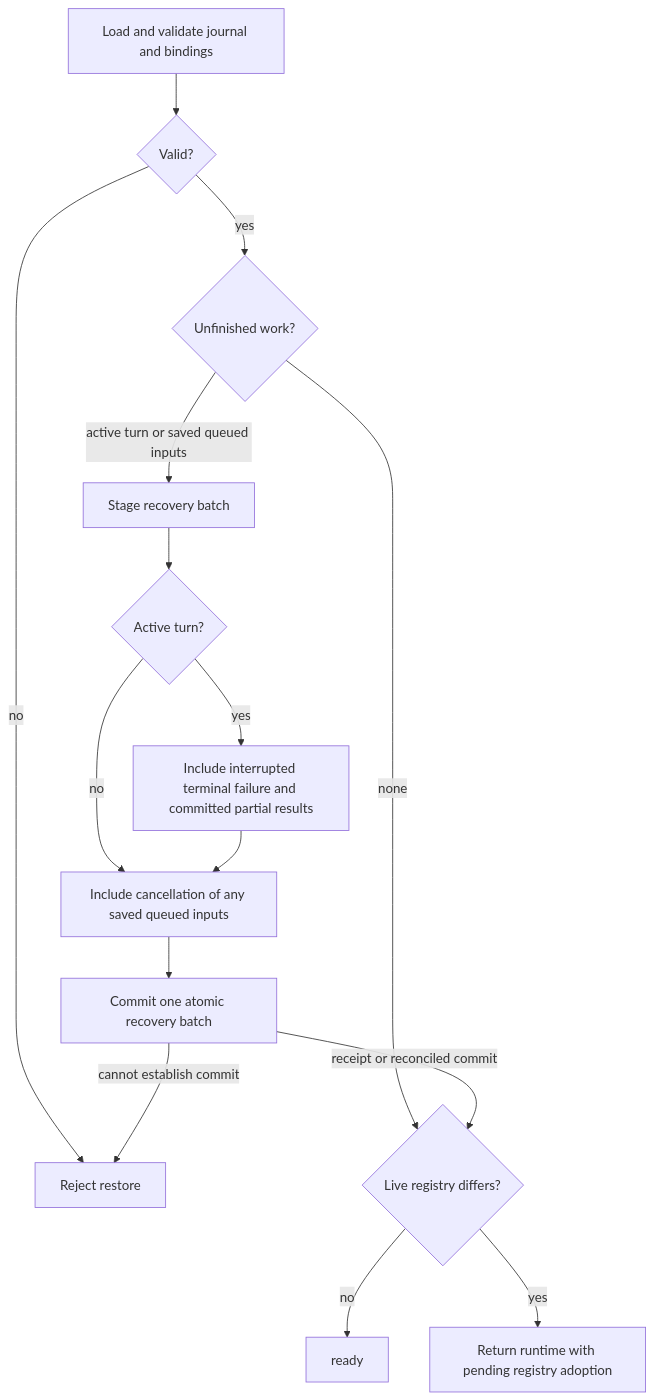
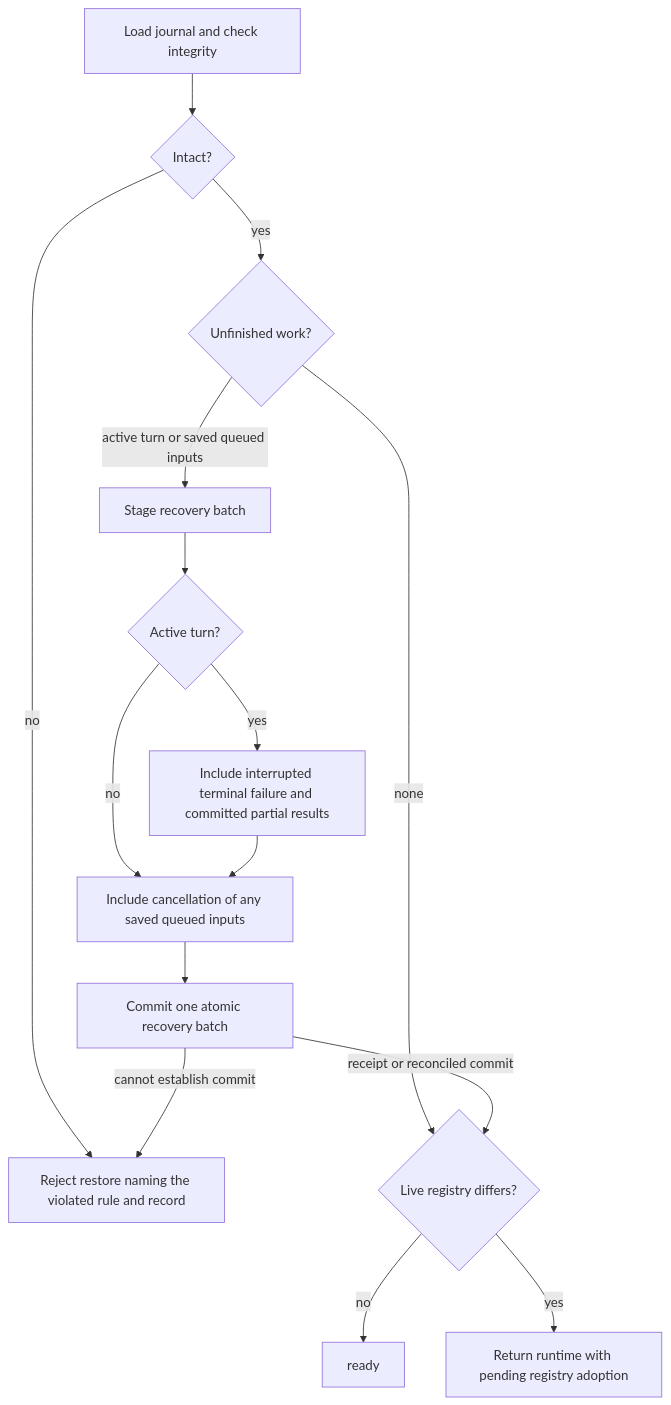
The sixth of 9 diagrams in docs/session-runtime.md (danbarua/labkit-agent), drawn with Mermaid before and after one commit. The commit also changed other lines of this file and 16 other files, not shown here.

First line of the commit message:
Check only journal integrity when loading sessions

````diff
--- a/docs/session-runtime.md
+++ b/docs/session-runtime.md
@@ -147,17 +147,17 @@
 ```mermaid
 flowchart TD
-  load[Load and validate journal and bindings] --> valid{Valid?}
-  valid -->|no| reject[Reject restore]
+  load[Load journal and check integrity] --> valid{Intact?}
+  valid -->|no| reject[Reject restore naming the violated rule and record]
   valid -->|yes| work{Unfinished work?}
   work -->|none| registry
   work -->|active turn or saved queued inputs| stage[Stage recovery batch]
   stage --> active{Active turn?}
   active -->|yes| terminal[Include interrupted terminal failure and committed partial results]
   active -->|no| queued[Include cancellation of any saved queued inputs]
   terminal --> queued
   queued --> append[Commit one atomic recovery batch]
   append -->|receipt or reconciled commit| registry{Live registry differs?}
   append -->|cannot establish commit| reject
   registry -->|no| ready
   registry -->|yes| pending[Return runtime with pending registry adoption]
 ```
````
